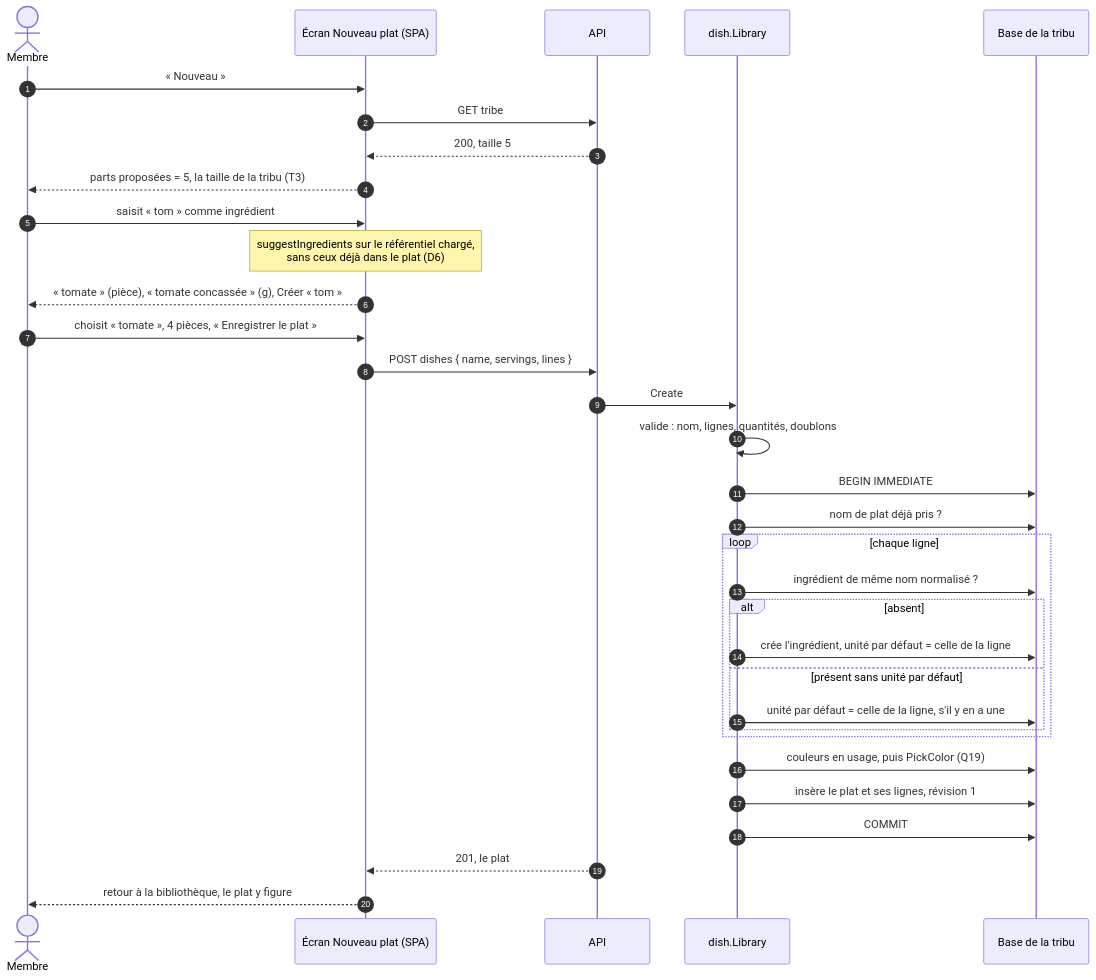
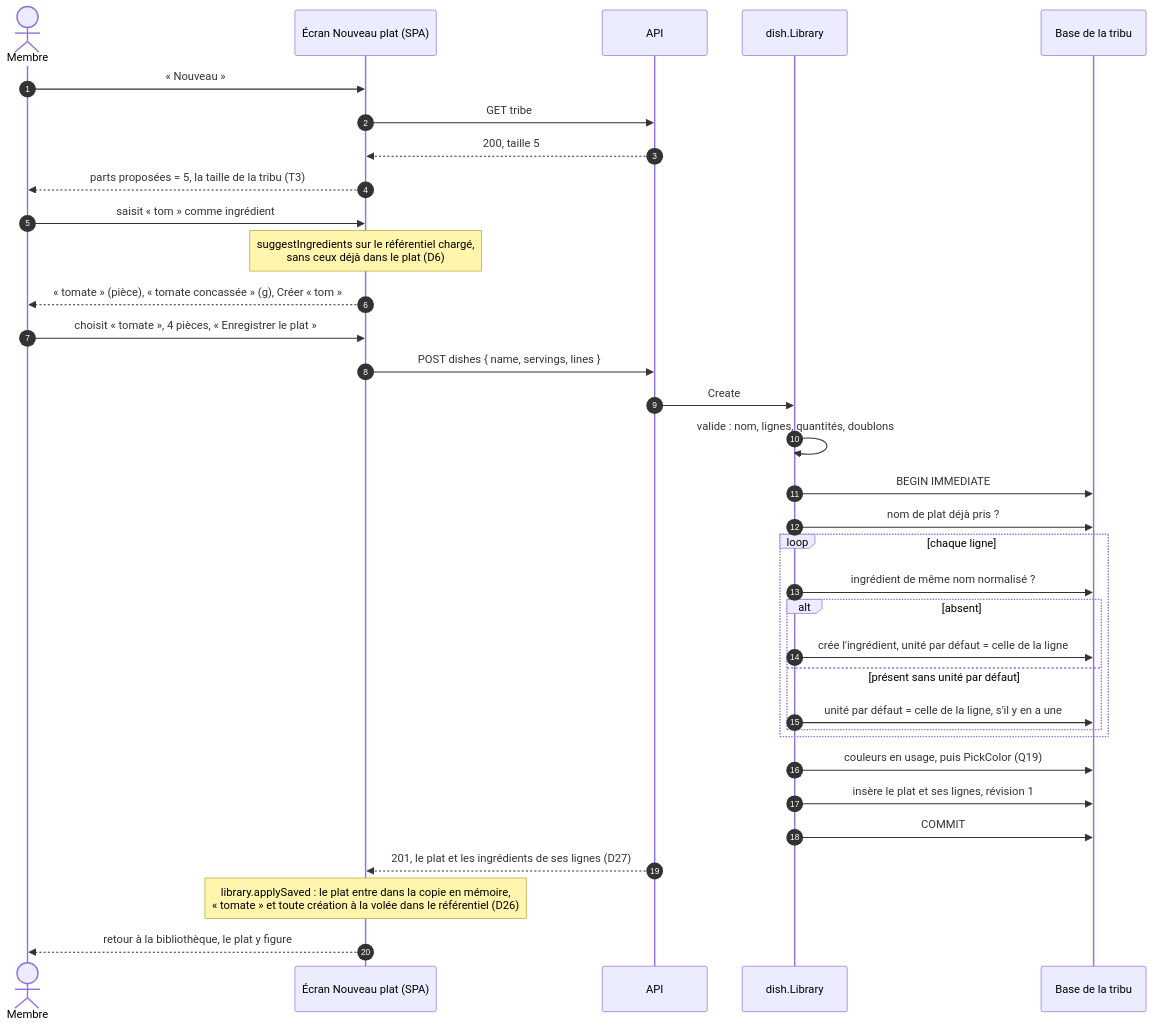
The fourth of 6 diagrams in docs/conception/bibliotheque-de-plats.md (nelt/tribe-menus), drawn with Mermaid before and after one commit. The commit also changed other lines of this file and 3 other files, not shown here.

````diff
--- a/docs/conception/bibliotheque-de-plats.md
+++ b/docs/conception/bibliotheque-de-plats.md
@@ -235,36 +254,37 @@
 ```mermaid
 sequenceDiagram
     autonumber
     actor M as Membre
     participant S as Écran Nouveau plat (SPA)
     participant A as API
     participant L as dish.Library
     participant D as Base de la tribu
 
     M->>S: « Nouveau »
     S->>A: GET tribe
     A-->>S: 200, taille 5
     S-->>M: parts proposées = 5, la taille de la tribu (T3)
     M->>S: saisit « tom » comme ingrédient
     Note over S: suggestIngredients sur le référentiel chargé,<br/>sans ceux déjà dans le plat (D6)
     S-->>M: « tomate » (pièce), « tomate concassée » (g), Créer « tom »
     M->>S: choisit « tomate », 4 pièces, « Enregistrer le plat »
     S->>A: POST dishes { name, servings, lines }
     A->>L: Create
     L->>L: valide : nom, lignes, quantités, doublons
     L->>D: BEGIN IMMEDIATE
     L->>D: nom de plat déjà pris ?
     loop chaque ligne
         L->>D: ingrédient de même nom normalisé ?
         alt absent
             L->>D: crée l'ingrédient, unité par défaut = celle de la ligne
         else présent sans unité par défaut
             L->>D: unité par défaut = celle de la ligne, s'il y en a une
         end
     end
     L->>D: couleurs en usage, puis PickColor (Q19)
     L->>D: insère le plat et ses lignes, révision 1
     L->>D: COMMIT
-    A-->>S: 201, le plat
+    A-->>S: 201, le plat et les ingrédients de ses lignes (D27)
+    Note over S: library.applySaved : le plat entre dans la copie en mémoire,<br/>« tomate » et toute création à la volée dans le référentiel (D26)
     S-->>M: retour à la bibliothèque, le plat y figure
 ```
````
